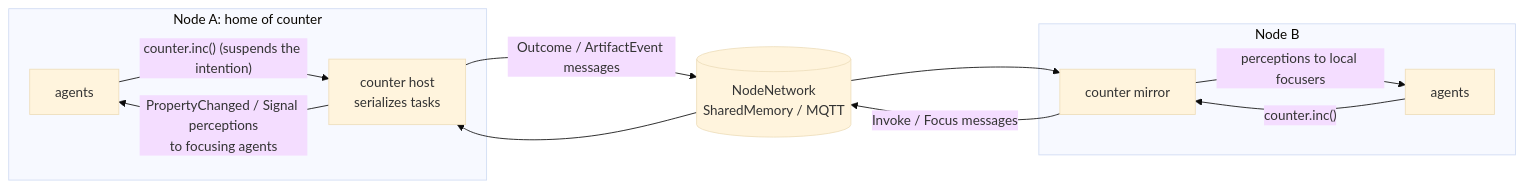
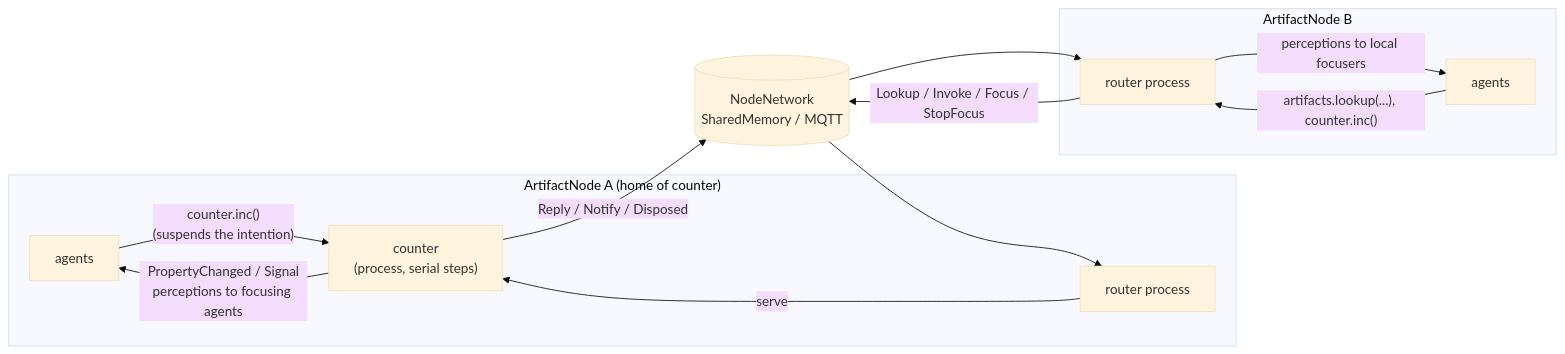
One commit to jakta-bdi/jakta changed the first of 2 diagrams in EXPLORATION.md. Above: the diagram before and after it, drawn with Mermaid (base theme). The commit also changed other lines of this file, not shown here.

First line of the commit message:
docs: update the artifacts exploration for v2

````diff
--- a/EXPLORATION.md
+++ b/EXPLORATION.md
@@ -494,15 +554,17 @@
 ```mermaid
 flowchart LR
-  subgraph NodeA[Node A: home of counter]
-    AA[agents] -- "counter.inc() (suspends the intention)" --> HA[counter host<br/>serializes tasks]
-    HA -- "PropertyChanged / Signal perceptions<br/>to focusing agents" --> AA
+  subgraph NodeA["ArtifactNode A (home of counter)"]
+    AA[agents] -- "counter.inc()<br/>(suspends the intention)" --> CA["counter<br/>(process, serial steps)"]
+    CA -- "PropertyChanged / Signal<br/>perceptions to focusing agents" --> AA
+    RA[router process]
   end
-  subgraph NodeB[Node B]
-    AB[agents] -- "counter.inc()" --> MB[counter mirror]
-    MB -- "perceptions to local focusers" --> AB
+  subgraph NodeB[ArtifactNode B]
+    AB[agents] -- "artifacts.lookup(...), counter.inc()" --> RB[router process]
+    RB -- "perceptions to local focusers" --> AB
   end
-  MB -- "Invoke / Focus messages" --> NET[(NodeNetwork<br/>SharedMemory / MQTT)]
-  NET --> HA
-  HA -- "Outcome / ArtifactEvent messages" --> NET
-  NET --> MB
+  RB -- "Lookup / Invoke / Focus / StopFocus" --> NET[(NodeNetwork<br/>SharedMemory / MQTT)]
+  NET --> RA
+  RA -- "serve" --> CA
+  CA -- "Reply / Notify / Disposed" --> NET
+  NET --> RB
 ```
````
